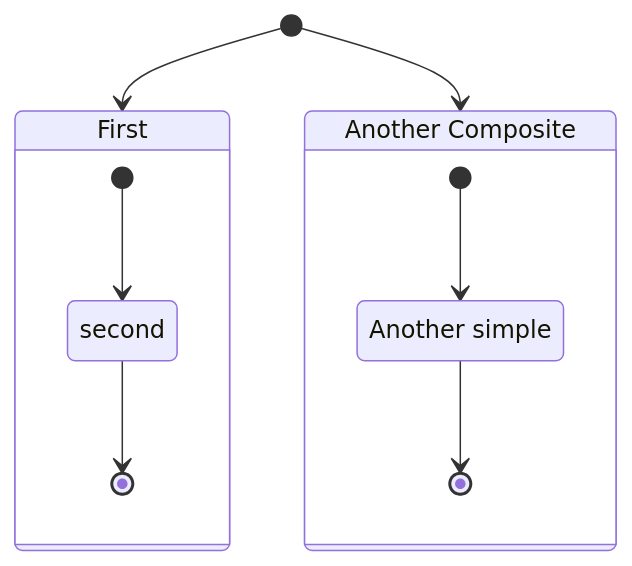
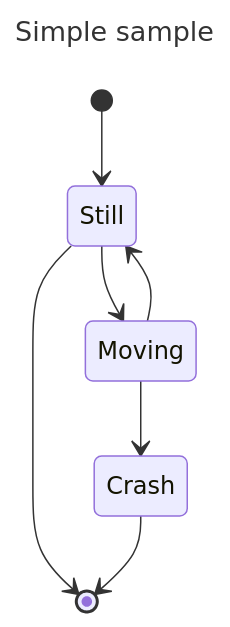
Diagram 17 of 28 in zh-CN/manual/mermaid.md (changweihua/changweihua.github.io), drawn with Mermaid before and after one commit. The commit also changed other lines of this file and 20 other files, not shown here.

````diff
--- a/zh-CN/manual/mermaid.md
+++ b/zh-CN/manual/mermaid.md
@@ -369,16 +403,14 @@
 ```mermaid
+---
+title: Simple sample
+---
 stateDiagram-v2
-    [*] --> First
-    state First {
-        [*] --> second
-        second --> [*]
-    }
+    [*] --> Still
+    Still --> [*]
 
-    [*] --> NamedComposite
-    NamedComposite: Another Composite
-    state NamedComposite {
-        [*] --> namedSimple
-        namedSimple --> [*]
-        namedSimple: Another simple
-    }
+    Still --> Moving
+    Moving --> Still
+    Moving --> Crash
+    Crash --> [*]
+
 ```
````
